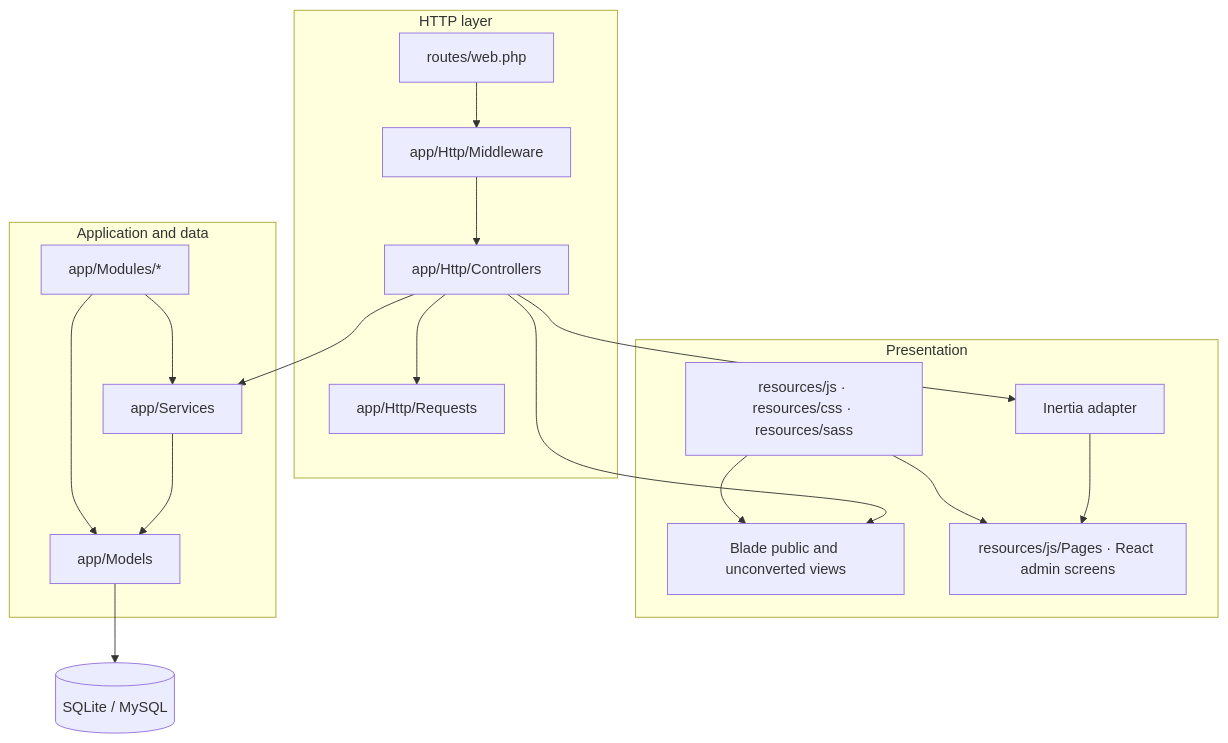
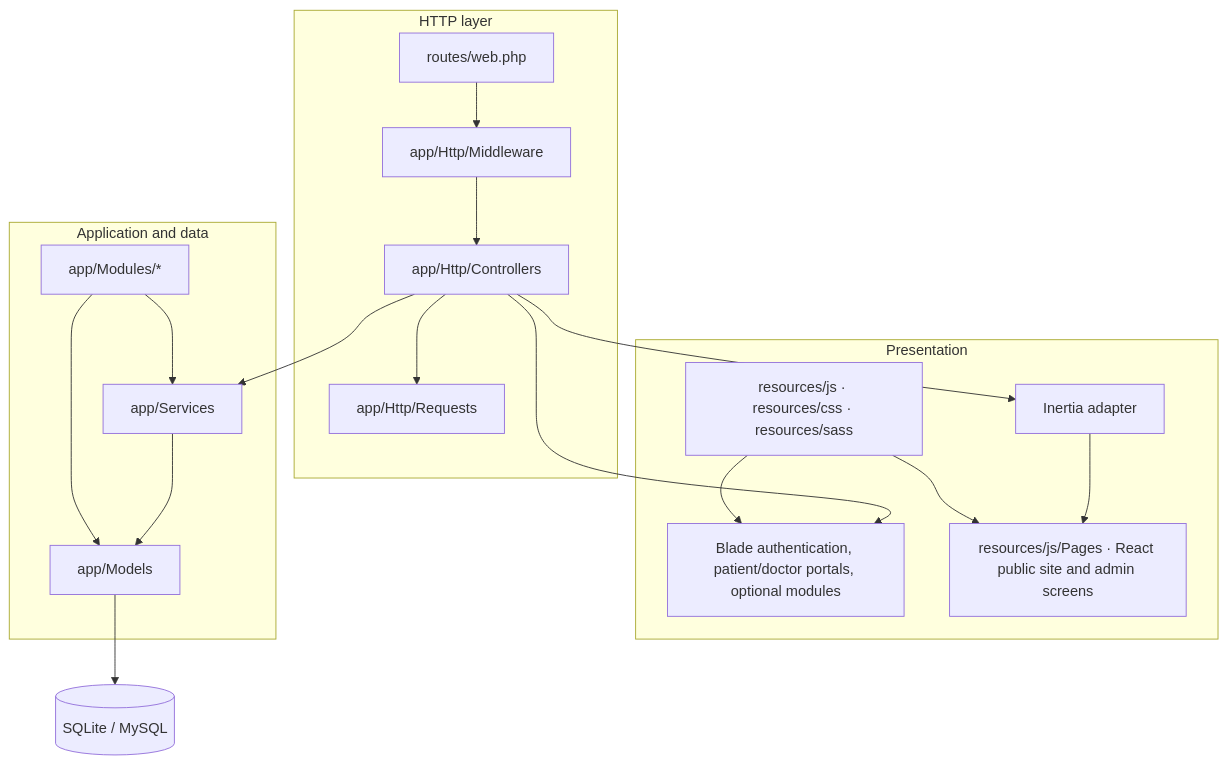
Before and after one commit to Risad212/Medicare: the second of 3 diagrams in ARCHITECTURE.md, drawn with Mermaid. The commit also changed other lines of this file and 190 other files, not shown here.

Commit message:
feat: complete React admin migration

````diff
--- a/ARCHITECTURE.md
+++ b/ARCHITECTURE.md
@@ -29,35 +29,35 @@
 ```mermaid
 flowchart TB
     subgraph Presentation["Presentation"]
-        Blade["Blade public and unconverted views"]
-        React["resources/js/Pages · React admin screens"]
+        Blade["Blade authentication, patient/doctor portals, optional modules"]
+        React["resources/js/Pages · React public site and admin screens"]
         Inertia["Inertia adapter"]
         Assets["resources/js · resources/css · resources/sass"]
     end
 
     subgraph HTTP["HTTP layer"]
         WebRoutes["routes/web.php"]
         Controllers["app/Http/Controllers"]
         Requests["app/Http/Requests"]
         Middleware["app/Http/Middleware"]
     end
 
     subgraph Domain["Application and data"]
         Services["app/Services"]
         Models["app/Models"]
         Modules["app/Modules/*"]
     end
 
     Database[("SQLite / MySQL")]
 
     WebRoutes --> Middleware --> Controllers
     Controllers --> Requests
     Controllers --> Services
     Services --> Models --> Database
     Controllers --> Blade
     Controllers --> Inertia --> React
     Modules --> Services
     Modules --> Models
     Assets --> Blade
     Assets --> React
 ```
````
